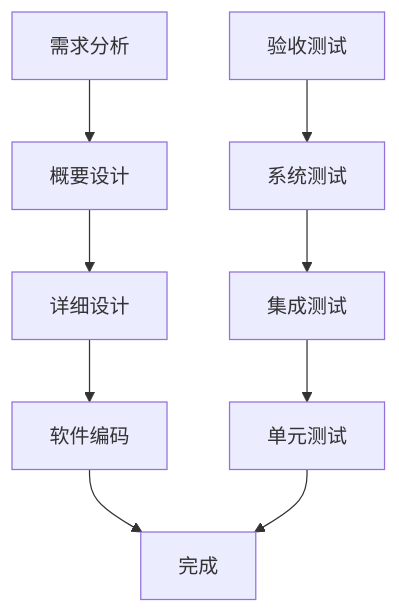
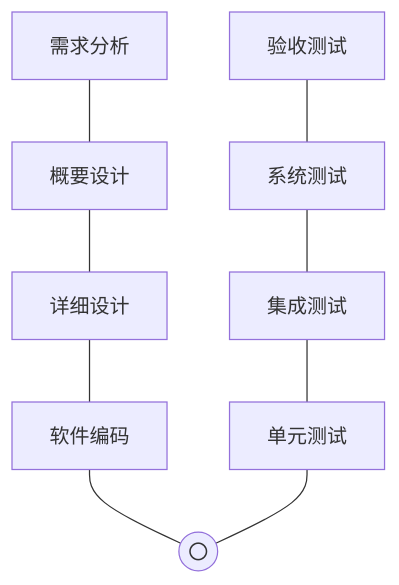
Before and after one commit to zhmhbest/HelloComputer: the first of 6 diagrams in docs/SoftwareEngineering/index.md, drawn with Mermaid. The commit also changed 1 other file, not shown here.

````diff
--- a/docs/SoftwareEngineering/index.md
+++ b/docs/SoftwareEngineering/index.md
@@ -34,5 +34,5 @@
 ```mermaid
 graph TD
-    需求分析-->概要设计-->详细设计-->软件编码-->完成
-    验收测试-->系统测试-->集成测试-->单元测试-->完成
+    需求分析---概要设计---详细设计---软件编码---_(("〇"))
+    验收测试---系统测试---集成测试---单元测试---_
 ```
````
